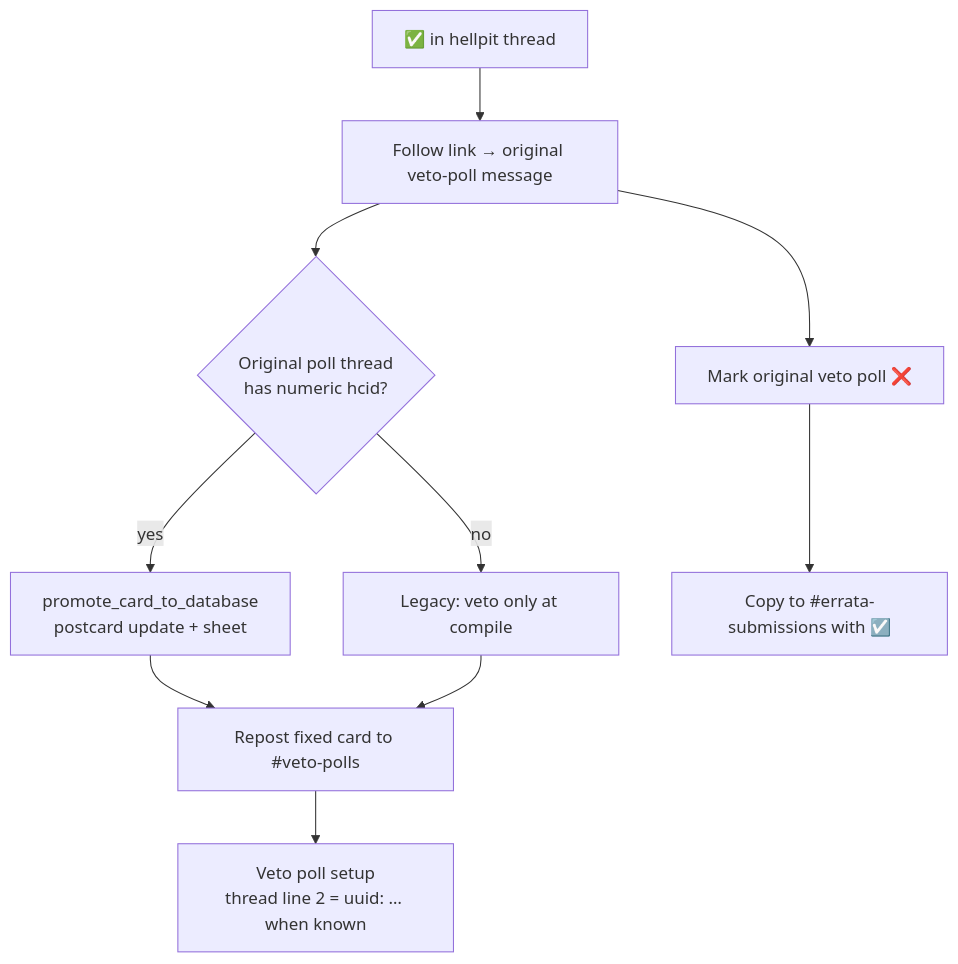
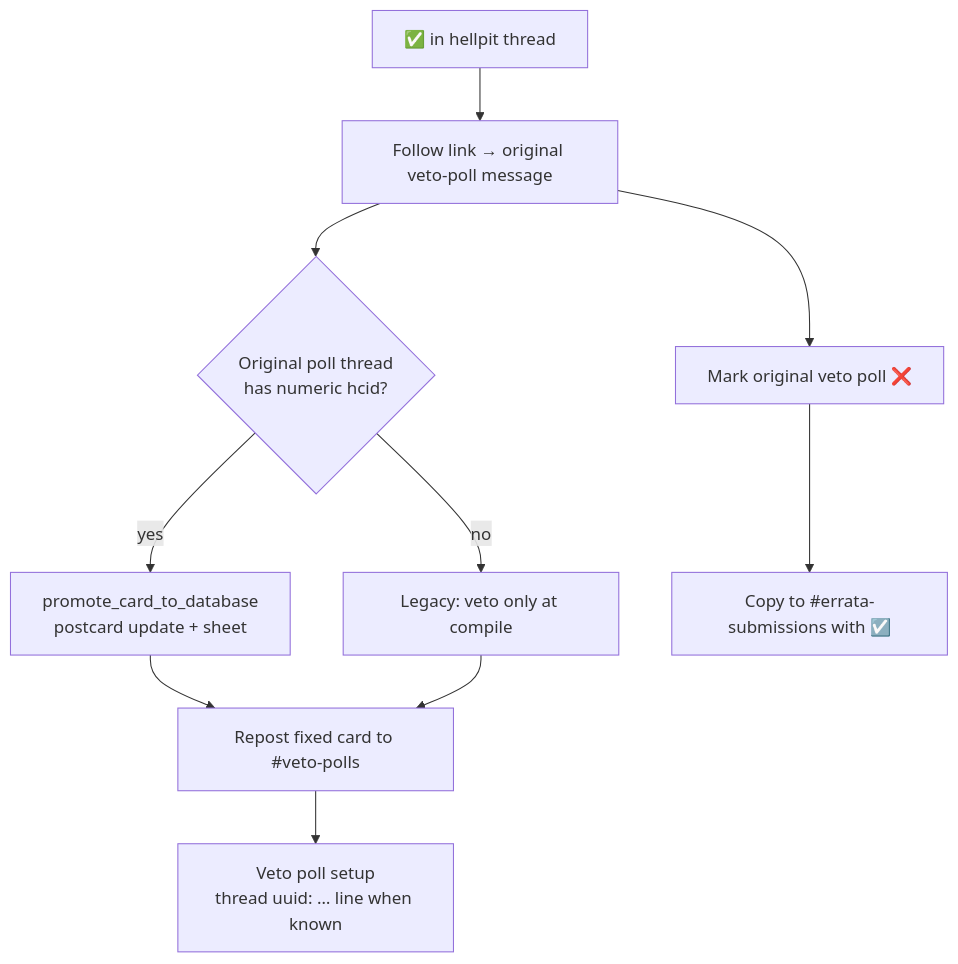
Before and after one commit to bones-bones/mork: the sixth of 6 diagrams in docs/card-flows/veto.md, drawn with Mermaid. The commit also changed 5 other files, not shown here.

First line of the commit message:
Fix promote finalize identity and veto-thread hellpit lookup.

````diff
--- a/docs/card-flows/veto.md
+++ b/docs/card-flows/veto.md
@@ -141,12 +141,12 @@
 ```mermaid
 flowchart TD
   RX["✅ in hellpit thread"] --> READ["Follow link → original veto-poll message"]
   READ --> HCID{"Original poll thread<br/>has numeric hcid?"}
   HCID -->|yes| PROMO["promote_card_to_database<br/>postcard update + sheet"]
   HCID -->|no| LEG["Legacy: veto only at compile"]
   PROMO --> REPOST["Repost fixed card to #veto-polls"]
   LEG --> REPOST
-  REPOST --> HVP["Veto poll setup<br/>thread line 2 = uuid: … when known"]
+  REPOST --> HVP["Veto poll setup<br/>thread uuid: … line when known"]
   READ --> MARK["Mark original veto poll ❌"]
   MARK --> ERR["Copy to #errata-submissions with ☑️"]
 ```
````
